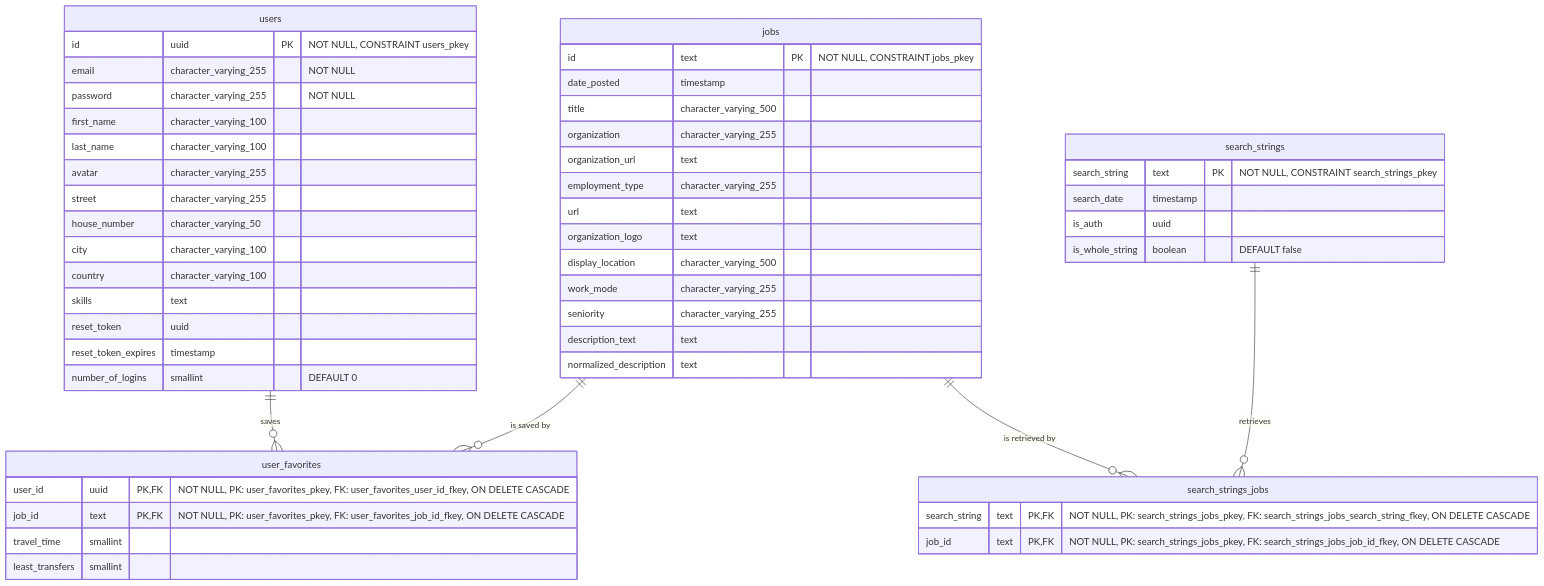
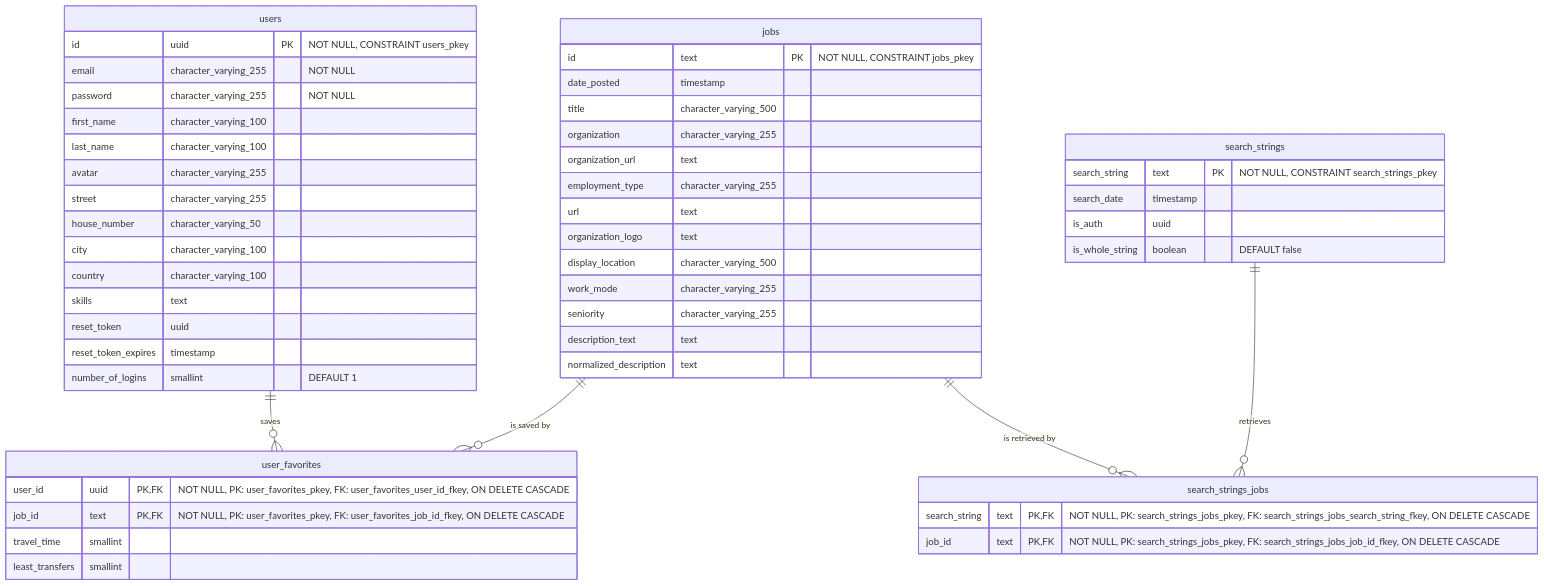
The diagram in documentation/ERD.md (YahyaAl-Ademi/2025.10.23-JobCompass), drawn with Mermaid before and after one commit. The commit also changed other lines of this file and 4 other files, not shown here.

Commit message:
chore(env): update .env.example to use VITE_DONATION_URL and add validation check in main.jsx; modify number_of_logins default to 1 in SQL and update documentation accordingly

````diff
--- a/documentation/ERD.md
+++ b/documentation/ERD.md
@@ -5,59 +5,59 @@
 ```mermaid
 erDiagram
     users ||--o{ user_favorites : "saves"
     jobs ||--o{ user_favorites : "is saved by"
     search_strings ||--o{ search_strings_jobs : "retrieves"
     jobs ||--o{ search_strings_jobs : "is retrieved by"
 
     users {
         id uuid PK "NOT NULL, CONSTRAINT users_pkey"
         email character_varying_255 "NOT NULL"
         password character_varying_255 "NOT NULL"
         first_name character_varying_100
         last_name character_varying_100
         avatar character_varying_255
         street character_varying_255
         house_number character_varying_50
         city character_varying_100
         country character_varying_100
         skills text
         reset_token uuid
         reset_token_expires timestamp
-        number_of_logins smallint "DEFAULT 0"
+        number_of_logins smallint "DEFAULT 1"
     }
 
     jobs {
         id text PK "NOT NULL, CONSTRAINT jobs_pkey"
         date_posted timestamp
         title character_varying_500
         organization character_varying_255
         organization_url text
         employment_type character_varying_255
         url text
         organization_logo text
         display_location character_varying_500
         work_mode character_varying_255
         seniority character_varying_255
         description_text text
         normalized_description text
     }
 
     user_favorites {
         user_id uuid PK,FK "NOT NULL, PK: user_favorites_pkey, FK: user_favorites_user_id_fkey, ON DELETE CASCADE"
         job_id text PK,FK "NOT NULL, PK: user_favorites_pkey, FK: user_favorites_job_id_fkey, ON DELETE CASCADE"
         travel_time smallint
         least_transfers smallint
     }
 
     search_strings {
         search_string text PK "NOT NULL, CONSTRAINT search_strings_pkey"
         search_date timestamp
         is_auth uuid
         is_whole_string boolean "DEFAULT false"
     }
 
     search_strings_jobs {
         search_string text PK,FK "NOT NULL, PK: search_strings_jobs_pkey, FK: search_strings_jobs_search_string_fkey, ON DELETE CASCADE"
         job_id text PK,FK "NOT NULL, PK: search_strings_jobs_pkey, FK: search_strings_jobs_job_id_fkey, ON DELETE CASCADE"
     }
 ```
````
